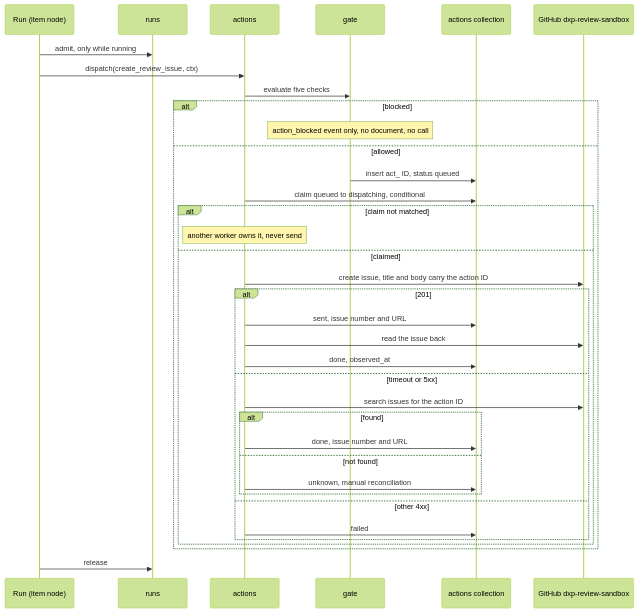
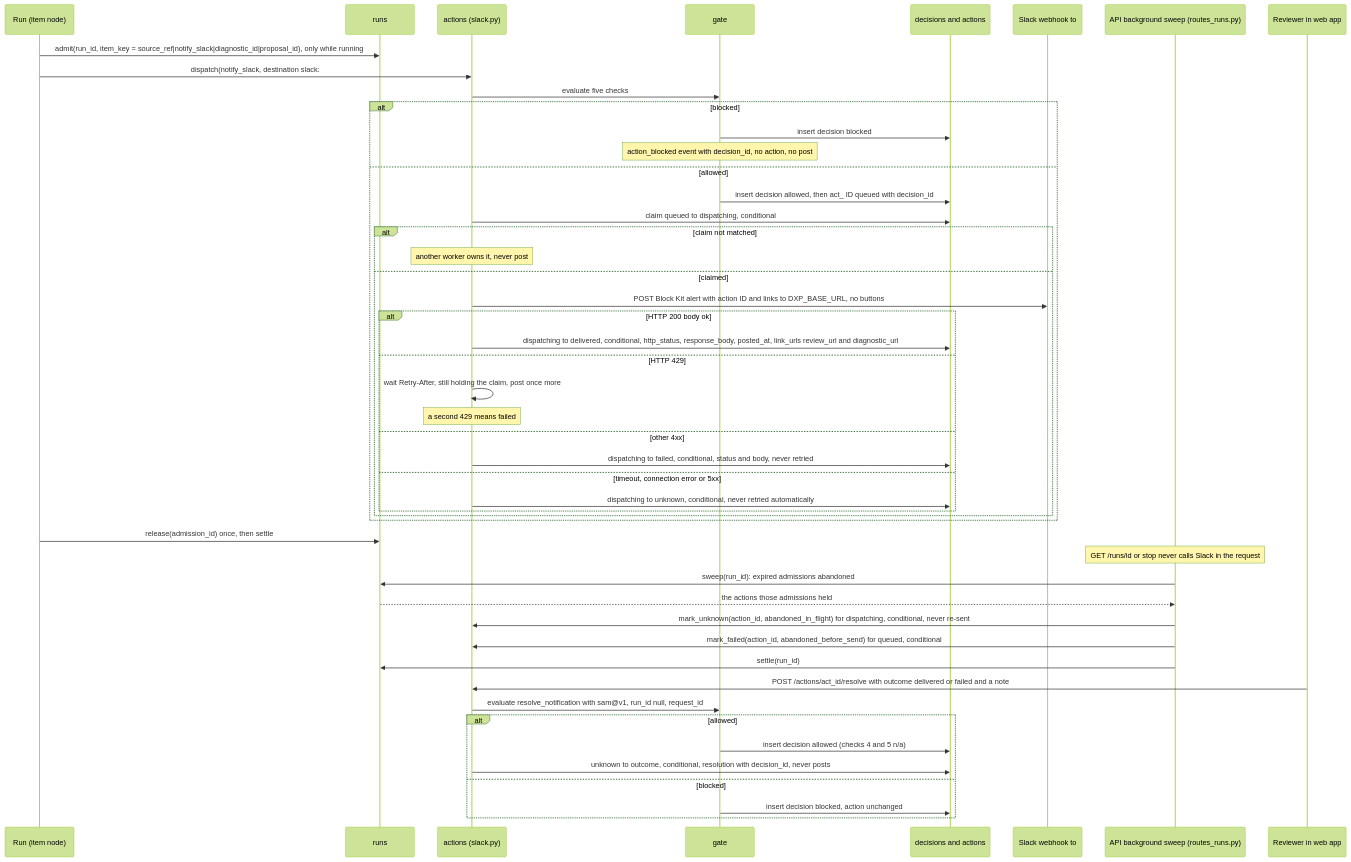
The fourth of 5 diagrams in _bmad-output/planning-artifacts/architecture/architecture-agents-in-context-toronto-2026-11-13/ARCHITECTURE-SPINE.md (lutic1/agents-in-context-toronto), drawn with Mermaid (forest theme) before and after one commit. The commit also changed other lines of this file and 47 other files, not shown here.

````diff
--- a/_bmad-output/planning-artifacts/architecture/architecture-agents-in-context-toronto-2026-11-13/ARCHITECTURE-SPINE.md
+++ b/_bmad-output/planning-artifacts/architecture/architecture-agents-in-context-toronto-2026-11-13/ARCHITECTURE-SPINE.md
@@ -589,38 +691,51 @@
 ```mermaid
 sequenceDiagram
   participant J as Run (item node)
   participant RN as runs
-  participant X as actions
+  participant X as actions (slack.py)
   participant G as gate
-  participant DB as actions collection
-  participant GH as GitHub dxp-review-sandbox
-  J->>RN: admit, only while running
-  J->>X: dispatch(create_review_issue, ctx)
+  participant DB as decisions and actions
+  participant SL as Slack webhook to #all-mango-db-hackathon
+  participant API as API background sweep (routes_runs.py)
+  participant R as Reviewer in web app
+  J->>RN: admit(run_id, item_key = source_ref|notify_slack|diagnostic_id|proposal_id), only while running
+  J->>X: dispatch(notify_slack, destination slack:#all-mango-db-hackathon, ctx with run_id and admission_id)
   X->>G: evaluate five checks
   alt blocked
-    Note over G: action_blocked event only, no document, no call
+    G->>DB: insert decision blocked
+    Note over G: action_blocked event with decision_id, no action, no post
   else allowed
-    G->>DB: insert act_ ID, status queued
+    G->>DB: insert decision allowed, then act_ ID queued with decision_id
     X->>DB: claim queued to dispatching, conditional
     alt claim not matched
-      Note over X: another worker owns it, never send
+      Note over X: another worker owns it, never post
     else claimed
-      X->>GH: create issue, title and body carry the action ID
-      alt 201
-        X->>DB: sent, issue number and URL
-        X->>GH: read the issue back
-        X->>DB: done, observed_at
-      else timeout or 5xx
-        X->>GH: search issues for the action ID
-        alt found
-          X->>DB: done, issue number and URL
-        else not found
-          X->>DB: unknown, manual reconciliation
-        end
+      X->>SL: POST Block Kit alert with action ID and links to DXP_BASE_URL, no buttons
+      alt HTTP 200 body ok
+        X->>DB: dispatching to delivered, conditional, http_status, response_body, posted_at, link_urls review_url and diagnostic_url
+      else HTTP 429
+        X->>X: wait Retry-After, still holding the claim, post once more
+        Note over X: a second 429 means failed
       else other 4xx
-        X->>DB: failed
+        X->>DB: dispatching to failed, conditional, status and body, never retried
+      else timeout, connection error or 5xx
+        X->>DB: dispatching to unknown, conditional, never retried automatically
       end
     end
   end
-  J->>RN: release
+  J->>RN: release(admission_id) once, then settle
+  Note over API: GET /runs/id or stop never calls Slack in the request
+  API->>RN: sweep(run_id): expired admissions abandoned
+  RN-->>API: the actions those admissions held
+  API->>X: mark_unknown(action_id, abandoned_in_flight) for dispatching, conditional, never re-sent
+  API->>X: mark_failed(action_id, abandoned_before_send) for queued, conditional
+  API->>RN: settle(run_id)
+  R->>X: POST /actions/act_id/resolve with outcome delivered or failed and a note
+  X->>G: evaluate resolve_notification with sam@v1, run_id null, request_id
+  alt allowed
+    G->>DB: insert decision allowed (checks 4 and 5 n/a)
+    X->>DB: unknown to outcome, conditional, resolution with decision_id, never posts
+  else blocked
+    G->>DB: insert decision blocked, action unchanged
+  end
 ```
````
